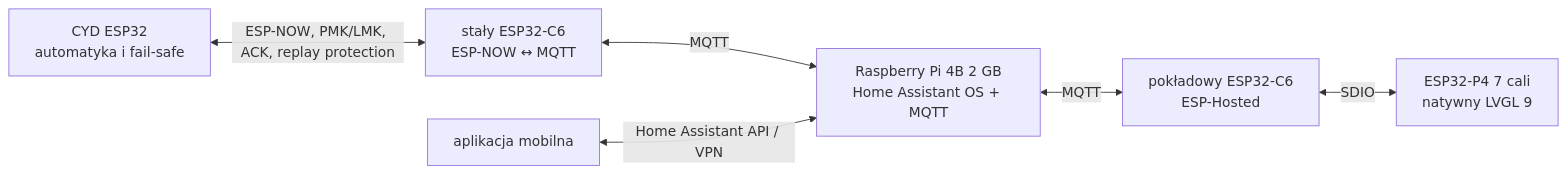
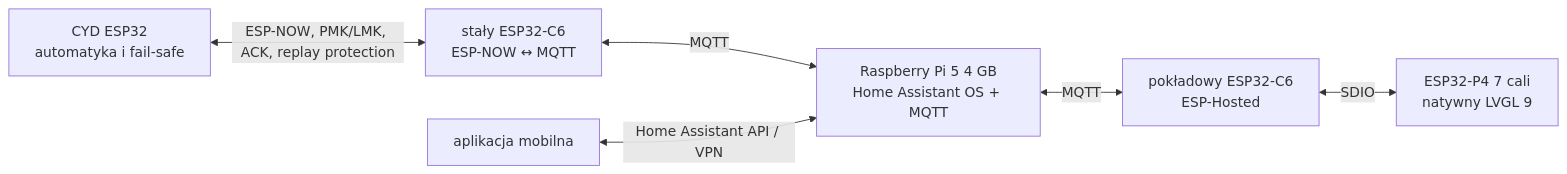
The diagram in docs/ESP32_P4_C6_HOME_ASSISTANT_ARCHITECTURE.md (Baartek57548/AkwariumCYD), drawn with Mermaid before and after one commit. The commit also changed other lines of this file and 37 other files, not shown here.

````diff
--- a/docs/ESP32_P4_C6_HOME_ASSISTANT_ARCHITECTURE.md
+++ b/docs/ESP32_P4_C6_HOME_ASSISTANT_ARCHITECTURE.md
@@ -18,15 +18,15 @@
 ```mermaid
 flowchart LR
     CYD["CYD ESP32<br/>automatyka i fail-safe"]
     GW["stały ESP32-C6<br/>ESP-NOW ↔ MQTT"]
-    HA["Raspberry Pi 4B 2 GB<br/>Home Assistant OS + MQTT"]
+    HA["Raspberry Pi 5 4 GB<br/>Home Assistant OS + MQTT"]
     P4["ESP32-P4 7 cali<br/>natywny LVGL 9"]
     PC6["pokładowy ESP32-C6<br/>ESP-Hosted"]
     APP["aplikacja mobilna"]
 
     CYD <-->|"ESP-NOW, PMK/LMK, ACK, replay protection"| GW
     GW <-->|"MQTT"| HA
     HA <-->|"MQTT"| PC6
     PC6 <-->|"SDIO"| P4
     APP <-->|"Home Assistant API / VPN"| HA
 ```
````
